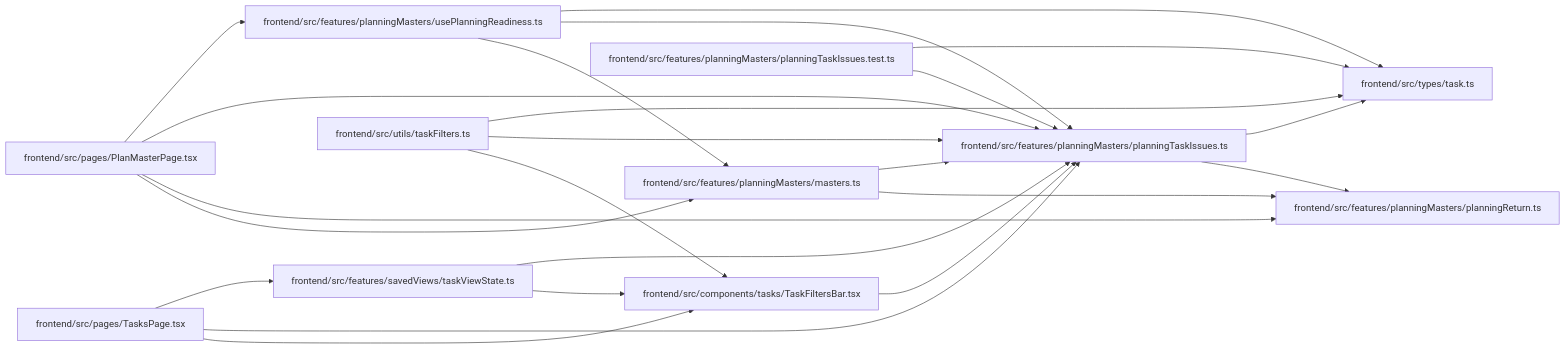
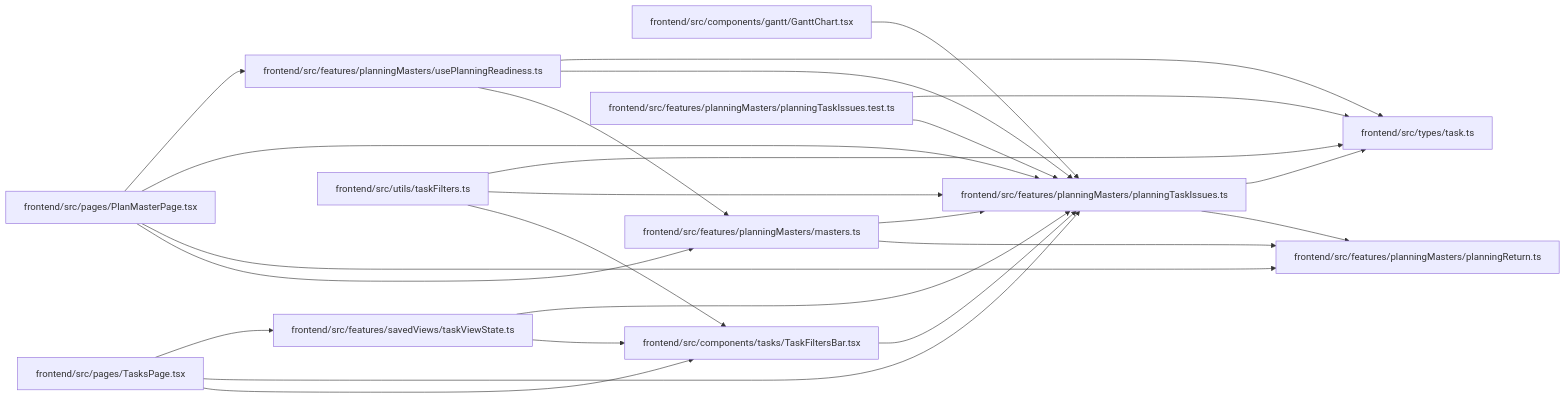
One commit to Denissvgn/WorkChord changed the diagram in docs/llm_wiki/modules/planningTaskIssues.md. Above: the diagram before and after it, drawn with Mermaid. The commit also changed other lines of this file and 434 other files, not shown here.

````diff
--- a/docs/llm_wiki/modules/planningTaskIssues.md
+++ b/docs/llm_wiki/modules/planningTaskIssues.md
@@ -29,47 +29,50 @@
 ```mermaid
 flowchart LR
-    n0["frontend/src/components/tasks/TaskFiltersBar.tsx"]
-    n1["frontend/src/features/planningMasters/masters.ts"]
-    n2["frontend/src/features/planningMasters/planningReturn.ts"]
-    n3["frontend/src/features/planningMasters/planningTaskIssues.test.ts"]
-    n4["frontend/src/features/planningMasters/planningTaskIssues.ts"]
-    n5["frontend/src/features/planningMasters/usePlanningReadiness.ts"]
-    n6["frontend/src/features/savedViews/taskViewState.ts"]
-    n7["frontend/src/pages/PlanMasterPage.tsx"]
-    n8["frontend/src/pages/TasksPage.tsx"]
-    n9["frontend/src/types/task.ts"]
-    n10["frontend/src/utils/taskFilters.ts"]
-    n0 --> n4
-    n1 --> n2
-    n1 --> n4
-    n3 --> n4
-    n3 --> n9
-    n4 --> n2
-    n4 --> n9
-    n5 --> n1
-    n5 --> n4
-    n5 --> n9
-    n6 --> n0
-    n6 --> n4
+    n0["frontend/src/components/gantt/GanttChart.tsx"]
+    n1["frontend/src/components/tasks/TaskFiltersBar.tsx"]
+    n2["frontend/src/features/planningMasters/masters.ts"]
+    n3["frontend/src/features/planningMasters/planningReturn.ts"]
+    n4["frontend/src/features/planningMasters/planningTaskIssues.test.ts"]
+    n5["frontend/src/features/planningMasters/planningTaskIssues.ts"]
+    n6["frontend/src/features/planningMasters/usePlanningReadiness.ts"]
+    n7["frontend/src/features/savedViews/taskViewState.ts"]
+    n8["frontend/src/pages/PlanMasterPage.tsx"]
+    n9["frontend/src/pages/TasksPage.tsx"]
+    n10["frontend/src/types/task.ts"]
+    n11["frontend/src/utils/taskFilters.ts"]
+    n0 --> n5
+    n1 --> n5
+    n2 --> n3
+    n2 --> n5
+    n4 --> n5
+    n4 --> n10
+    n5 --> n3
+    n5 --> n10
+    n6 --> n2
+    n6 --> n5
+    n6 --> n10
     n7 --> n1
-    n7 --> n2
-    n7 --> n4
     n7 --> n5
-    n8 --> n0
-    n8 --> n4
+    n8 --> n2
+    n8 --> n3
+    n8 --> n5
     n8 --> n6
-    n10 --> n0
-    n10 --> n4
-    n10 --> n9
-    click n0 "../modules/TaskFiltersBar.md"
-    click n1 "../modules/planningMasters_masters.md"
-    click n2 "../modules/planningReturn.md"
-    click n3 "../modules/planningTaskIssues.test.md"
-    click n4 "../modules/planningTaskIssues.md"
-    click n5 "../modules/usePlanningReadiness.md"
-    click n6 "../modules/taskViewState.md"
-    click n7 "../modules/PlanMasterPage.md"
-    click n8 "../modules/TasksPage.md"
-    click n9 "../modules/types_task.md"
-    click n10 "../modules/taskFilters.md"
+    n9 --> n1
+    n9 --> n5
+    n9 --> n7
+    n11 --> n1
+    n11 --> n5
+    n11 --> n10
+    click n0 "../modules/GanttChart.md"
+    click n1 "../modules/TaskFiltersBar.md"
+    click n2 "../modules/planningMasters_masters.md"
+    click n3 "../modules/planningReturn.md"
+    click n4 "../modules/planningTaskIssues.test.md"
+    click n5 "../modules/planningTaskIssues.md"
+    click n6 "../modules/usePlanningReadiness.md"
+    click n7 "../modules/taskViewState.md"
+    click n8 "../modules/PlanMasterPage.md"
+    click n9 "../modules/TasksPage.md"
+    click n10 "../modules/types_task.md"
+    click n11 "../modules/taskFilters.md"
 ```
````
